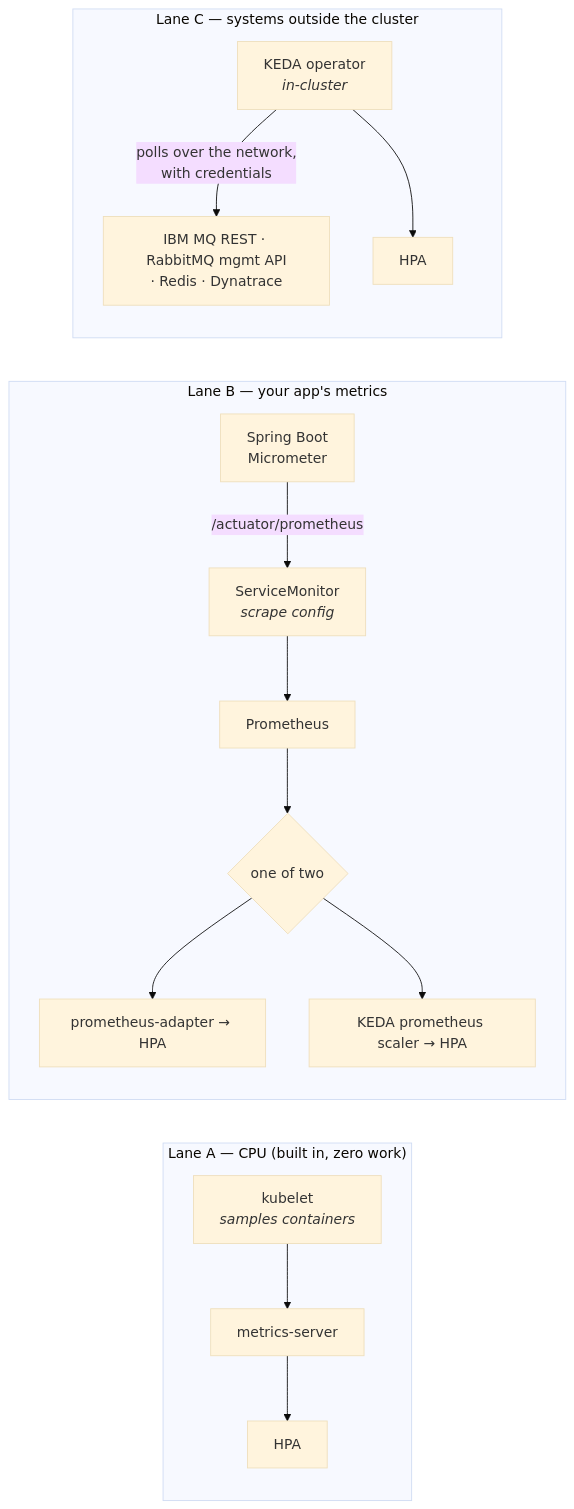
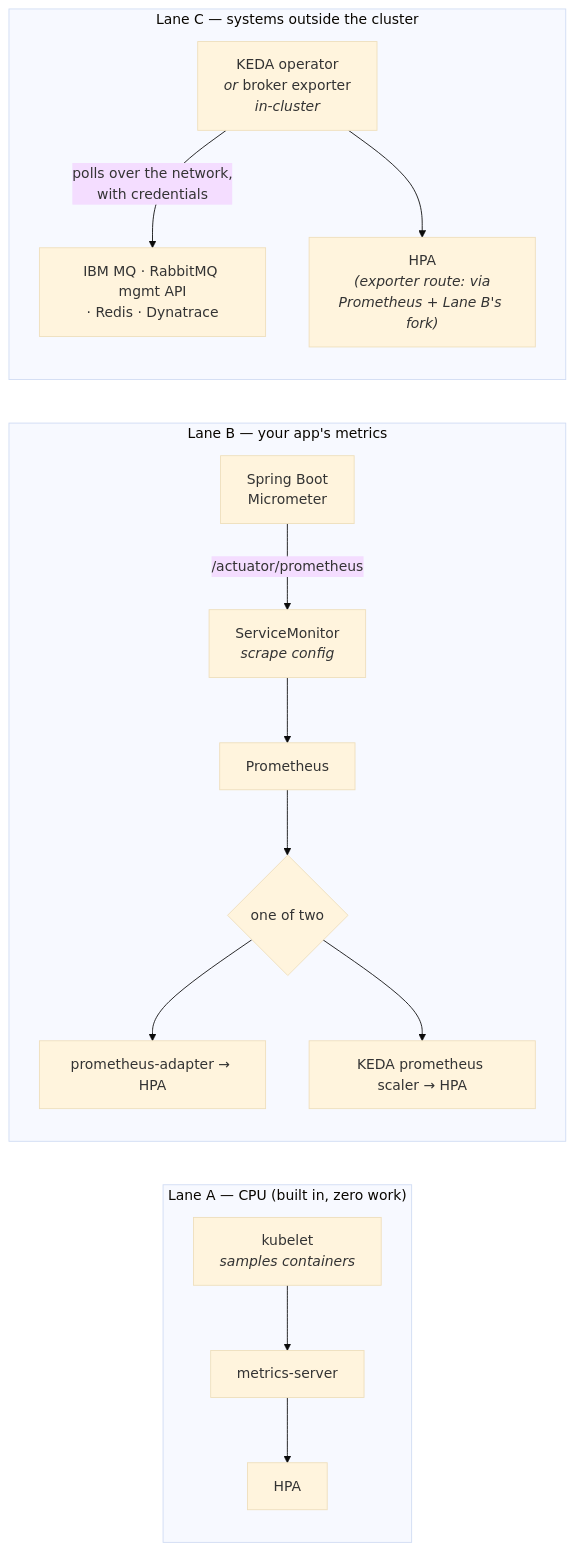
One commit to jamiegunn/k8s_soup_to_nuts changed the diagram in src/content/docs/autoscaling/getting-the-metrics.md. Above: the diagram before and after it, drawn with Mermaid (base theme). The commit also changed other lines of this file and 19 other files, not shown here.

````diff
--- a/src/content/docs/autoscaling/getting-the-metrics.md
+++ b/src/content/docs/autoscaling/getting-the-metrics.md
@@ -21,16 +21,16 @@
 ```mermaid
 flowchart LR
     subgraph laneA["Lane A — CPU (built in, zero work)"]
         K["kubelet<br/><i>samples containers</i>"] --> MS["metrics-server"] --> HPA1["HPA"]
     end
     subgraph laneB["Lane B — your app's metrics"]
         APP["Spring Boot<br/>Micrometer"] -->|"/actuator/prometheus"| SM["ServiceMonitor<br/><i>scrape config</i>"] --> PROM["Prometheus"]
         PROM --> FORK{"one of two"}
         FORK --> ADA["prometheus-adapter → HPA"]
         FORK --> KP["KEDA prometheus scaler → HPA"]
     end
     subgraph laneC["Lane C — systems outside the cluster"]
-        KEDA["KEDA operator<br/><i>in-cluster</i>"] -->|"polls over the network,<br/>with credentials"| EXT["IBM MQ REST · RabbitMQ mgmt API<br/>· Redis · Dynatrace"]
-        KEDA --> HPA3["HPA"]
+        POLL["KEDA operator<br/><i>or</i> broker exporter<br/><i>in-cluster</i>"] -->|"polls over the network,<br/>with credentials"| EXT["IBM MQ · RabbitMQ mgmt API<br/>· Redis · Dynatrace"]
+        POLL --> HPA3["HPA<br/><i>(exporter route: via<br/>Prometheus + Lane B's fork)</i>"]
     end
 ```
````
